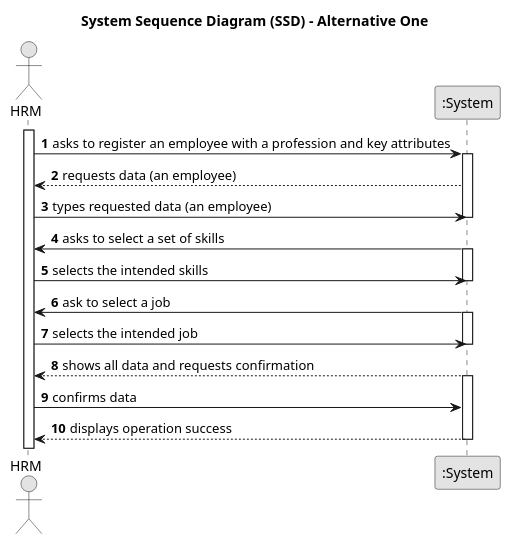
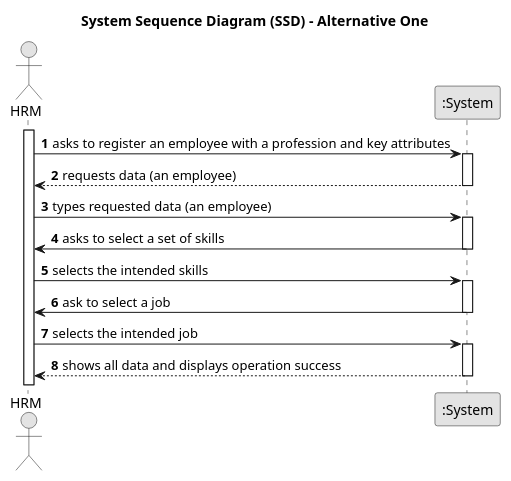
The diagram in docs/sprint B/us003/01.requirements-engineering/puml/us003-system-sequence-diagram-alternative-one.puml (Departamento-de-Engenharia-Informatica/lei-24-s2-1df-1de-g063), drawn with PlantUML before and after one commit. The commit also changed 2 other files, not shown here.

```diff
--- a/docs/sprint B/us003/01.requirements-engineering/puml/us003-system-sequence-diagram-alternative-one.puml
+++ b/docs/sprint B/us003/01.requirements-engineering/puml/us003-system-sequence-diagram-alternative-one.puml
@@ -1,45 +1,34 @@
 @startuml
 skinparam monochrome true
 skinparam packageStyle rectangle
 skinparam shadowing false
 
 title System Sequence Diagram (SSD) - Alternative One
 
 autonumber
 
 actor "HRM" as HRM
 participant ":System" as System
 
 activate HRM
 
     HRM -> System : asks to register an employee with a profession and key attributes
-
     activate System
-
         System --> HRM : requests data (an employee)
-
+    deactivate System
     HRM -> System : types requested data (an employee)
+     activate System
+    System -> HRM : asks to select a set of skills
     deactivate System
-
-
-    System -> HRM : asks to select a set of skills
-     activate System
     HRM -> System : selects the intended skills
+   activate System
+    System -> HRM : ask to select a job
+    deactivate System
+    HRM -> System : selects the intended job
+        activate System
+        System --> HRM : shows all data and displays operation success
     deactivate System
 
 
 
-    System -> HRM : ask to select a job
-       activate System
-    HRM -> System : selects the intended job
-    deactivate System
-
-
-        System --> HRM : shows all data and requests confirmation
-    activate System
-    HRM -> System : confirms data
-
-        System --> HRM : displays operation success
-    deactivate System
-
 @enduml
```
